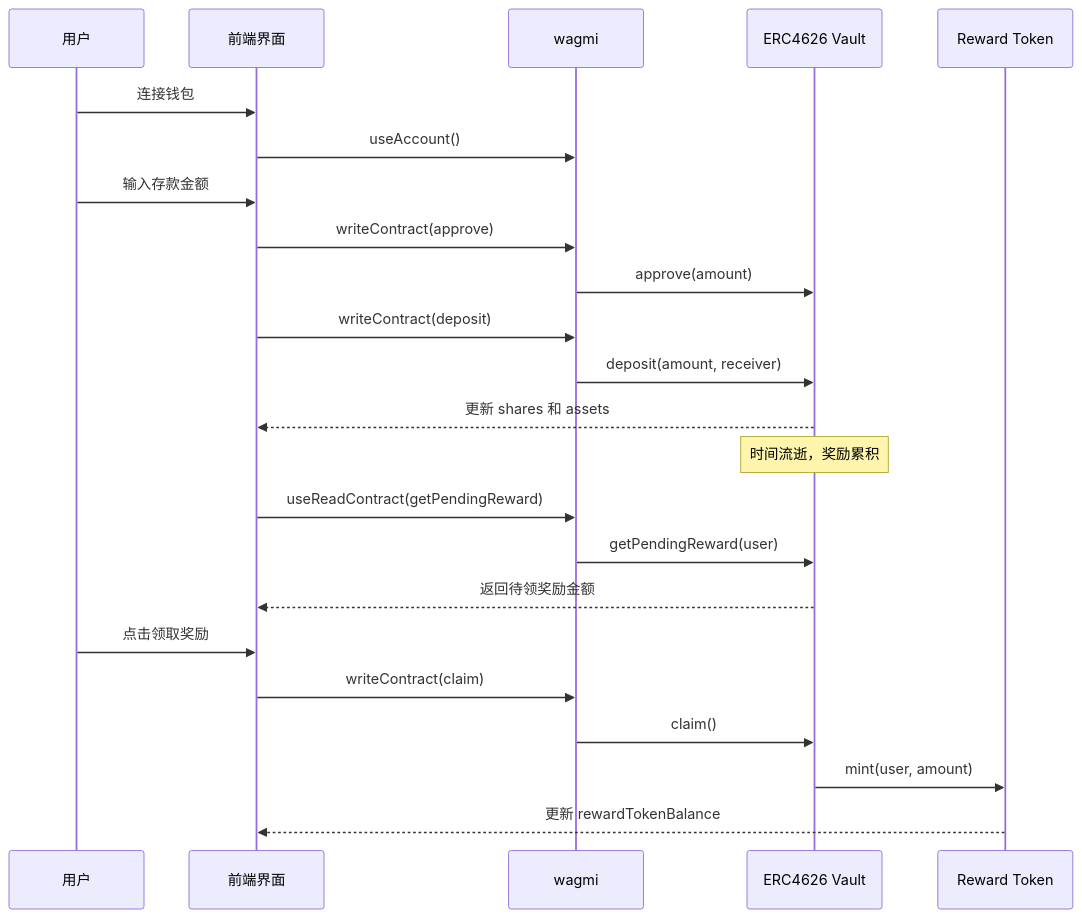
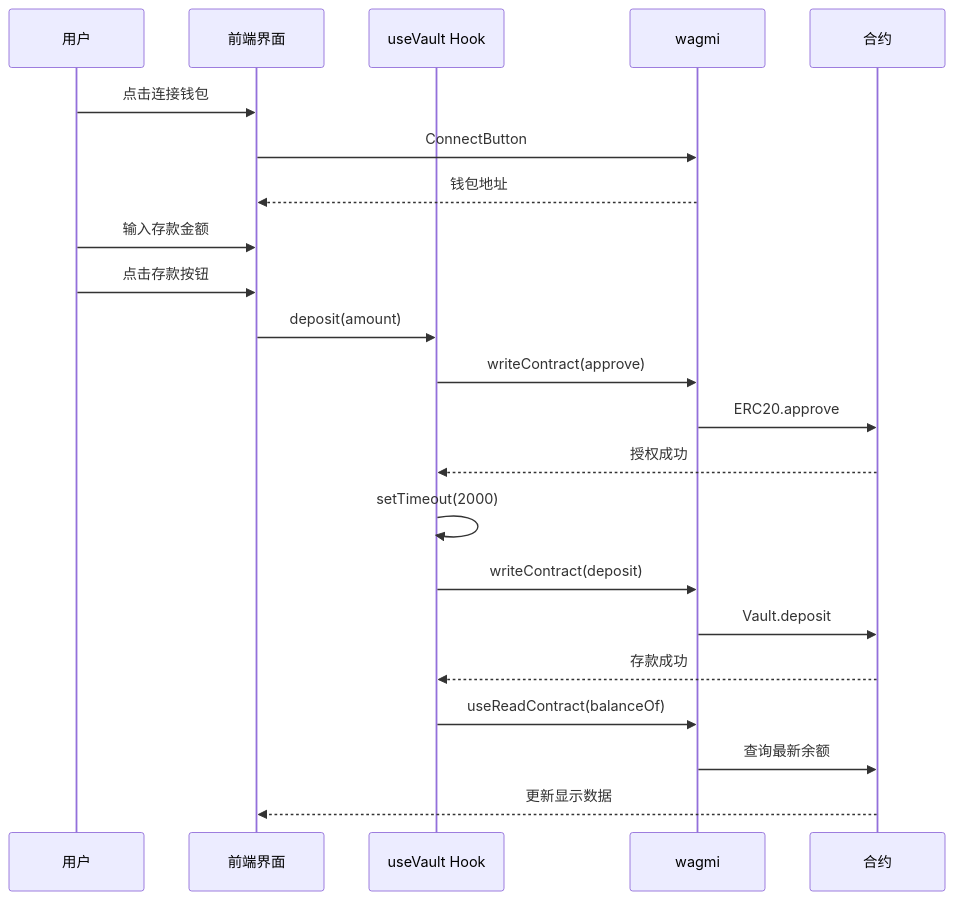
One commit to RohithVetri/defi-fixed-yield-course changed the second of 2 diagrams in docs/lessons/05-frontend.md. Above: the diagram before and after it, drawn with Mermaid. The commit also changed other lines of this file and 10 other files, not shown here.

````diff
--- a/docs/lessons/05-frontend.md
+++ b/docs/lessons/05-frontend.md
@@ -84,31 +370,28 @@
 ```mermaid
 sequenceDiagram
-  participant User as 用户
-  participant UI as 前端界面
-  participant Wagmi as wagmi
-  participant Vault as ERC4626 Vault
-  participant Token as Reward Token
+    participant User as 用户
+    participant UI as 前端界面
+    participant Hook as useVault Hook
+    participant Wagmi as wagmi
+    participant Contract as 合约
 
-  User->>UI: 连接钱包
-  UI->>Wagmi: useAccount()
-  
-  User->>UI: 输入存款金额
-  UI->>Wagmi: writeContract(approve)
-  Wagmi->>Vault: approve(amount)
-  
-  UI->>Wagmi: writeContract(deposit)
-  Wagmi->>Vault: deposit(amount, receiver)
-  Vault-->>UI: 更新 shares 和 assets
-  
-  Note over Vault: 时间流逝，奖励累积
-  
-  UI->>Wagmi: useReadContract(getPendingReward)
-  Wagmi->>Vault: getPendingReward(user)
-  Vault-->>UI: 返回待领奖励金额
-  
-  User->>UI: 点击领取奖励
-  UI->>Wagmi: writeContract(claim)
-  Wagmi->>Vault: claim()
-  Vault->>Token: mint(user, amount)
-  Token-->>UI: 更新 rewardTokenBalance
+    User->>UI: 点击连接钱包
+    UI->>Wagmi: ConnectButton
+    Wagmi-->>UI: 钱包地址
+
+    User->>UI: 输入存款金额
+    User->>UI: 点击存款按钮
+    UI->>Hook: deposit(amount)
+    Hook->>Wagmi: writeContract(approve)
+    Wagmi->>Contract: ERC20.approve
+    Contract-->>Hook: 授权成功
+    
+    Hook->>Hook: setTimeout(2000)
+    Hook->>Wagmi: writeContract(deposit)
+    Wagmi->>Contract: Vault.deposit
+    Contract-->>Hook: 存款成功
+    
+    Hook->>Wagmi: useReadContract(balanceOf)
+    Wagmi->>Contract: 查询最新余额
+    Contract-->>UI: 更新显示数据
 ```
````
